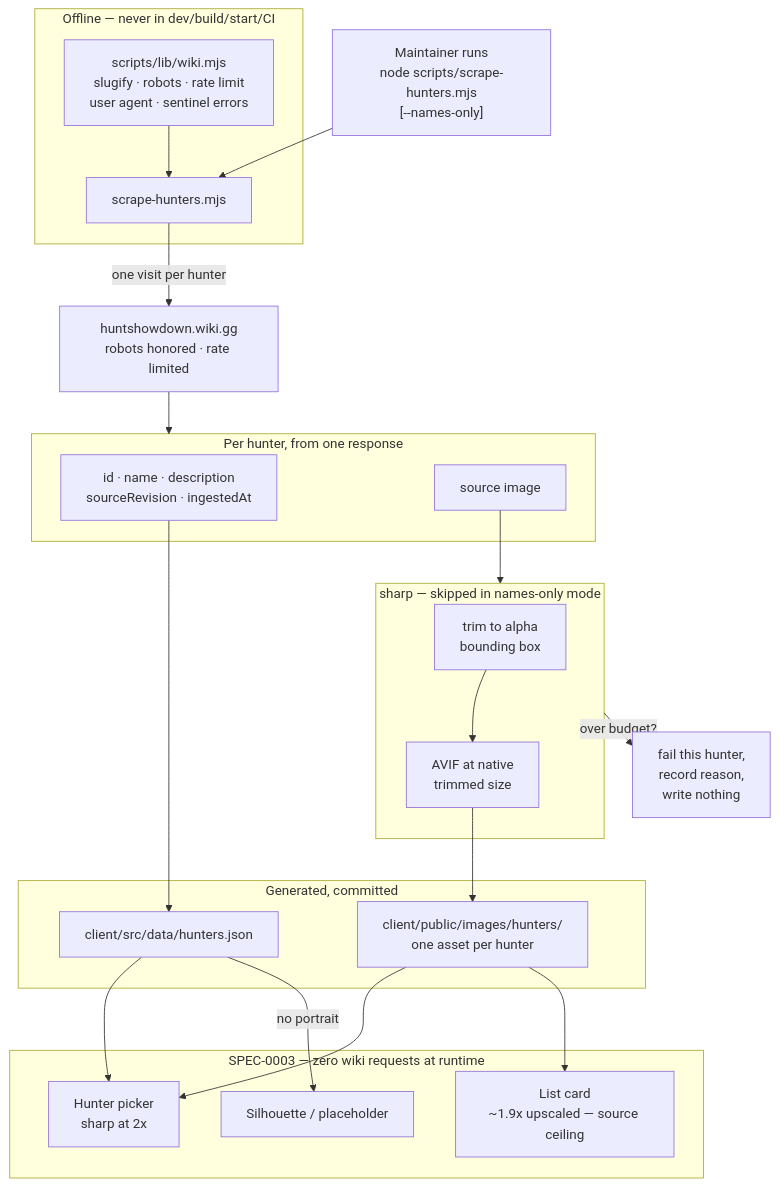
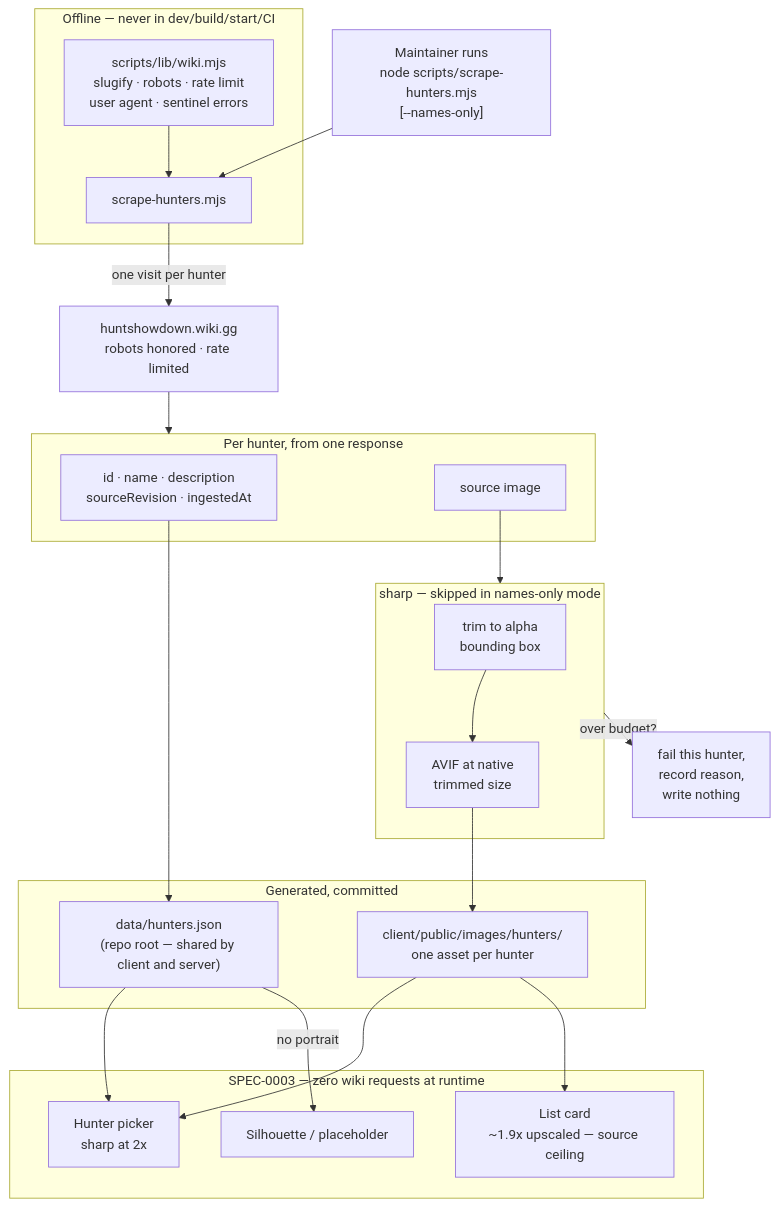
One commit to jonstump/the-outfitter changed the diagram in docs/openspec/specs/hunter-roster-dataset/design.md. Above: the diagram before and after it, drawn with Mermaid. The commit also changed 7 other files, not shown here.

````diff
--- a/docs/openspec/specs/hunter-roster-dataset/design.md
+++ b/docs/openspec/specs/hunter-roster-dataset/design.md
@@ -219,49 +219,49 @@
 ```mermaid
 flowchart TD
     DEV["Maintainer runs<br/>node scripts/scrape-hunters.mjs<br/>[--names-only]"]
 
     subgraph offline["Offline — never in dev/build/start/CI"]
         LIB["scripts/lib/wiki.mjs<br/>slugify · robots · rate limit<br/>user agent · sentinel errors"]
         SH["scrape-hunters.mjs"]
         LIB --> SH
     end
 
     WIKI["huntshowdown.wiki.gg<br/>robots honored · rate limited"]
     DEV --> SH
     SH -->|"one visit per hunter"| WIKI
 
     WIKI --> PARSE
 
     subgraph PARSE["Per hunter, from one response"]
         META["id · name · description<br/>sourceRevision · ingestedAt"]
         IMG["source image"]
     end
 
     subgraph PROC["sharp — skipped in names-only mode"]
         TRIM["trim to alpha<br/>bounding box"]
         ENC["AVIF at native<br/>trimmed size"]
         TRIM --> ENC
     end
 
     IMG --> PROC
     PROC -->|"over budget?"| REJECT["fail this hunter,<br/>record reason,<br/>write nothing"]
 
     subgraph committed["Generated, committed"]
-        JSON["client/src/data/hunters.json"]
+        JSON["data/hunters.json<br/>(repo root — shared by client and server)"]
         ASSETS["client/public/images/hunters/<br/>one asset per hunter"]
     end
 
     META --> JSON
     ENC --> ASSETS
 
     subgraph consumers["SPEC-0003 — zero wiki requests at runtime"]
         PICKER["Hunter picker<br/>sharp at 2x"]
         CARD["List card<br/>~1.9x upscaled — source ceiling"]
         PH["Silhouette / placeholder"]
     end
 
     JSON --> PICKER
     ASSETS --> PICKER
     ASSETS --> CARD
     JSON -->|"no portrait"| PH
 ```
````
